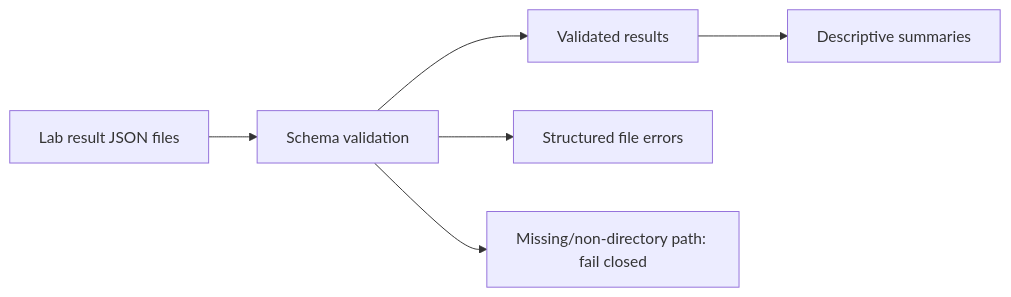
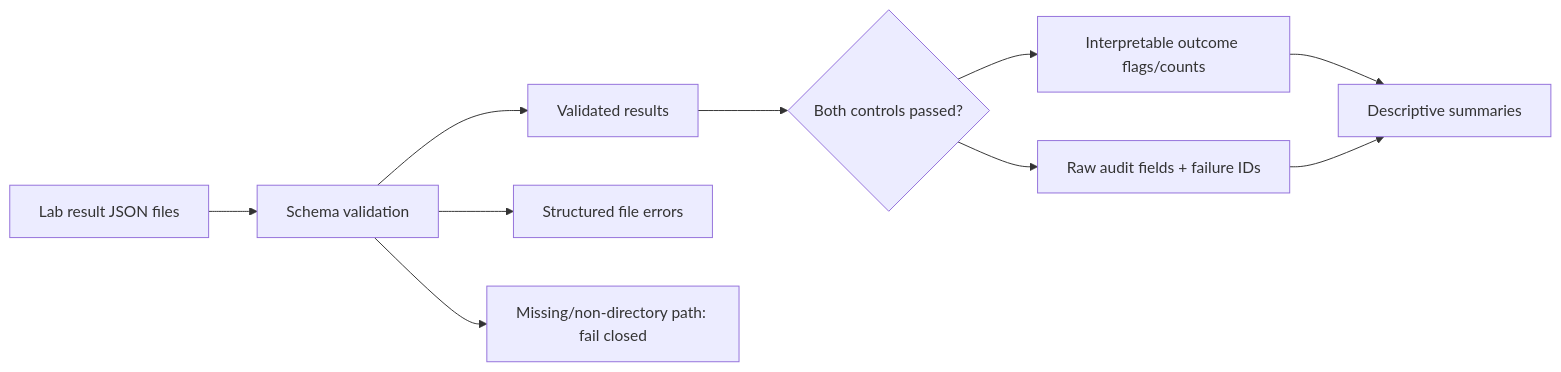
One commit to streamentry/OpenAMP-Foundry changed the first of 2 diagrams in src/openamp_foundry/data/AGENTS.md. Above: the diagram before and after it, drawn with Mermaid. The commit also changed other lines of this file and 13 other files, not shown here.

First line of the commit message:
fix: separate raw and usable lab outcomes (#1043)

````diff
--- a/src/openamp_foundry/data/AGENTS.md
+++ b/src/openamp_foundry/data/AGENTS.md
@@ -16,8 +17,12 @@
 ```mermaid
 flowchart LR
   Files["Lab result JSON files"] --> Validate["Schema validation"]
   Validate --> Valid["Validated results"]
   Validate --> Errors["Structured file errors"]
   Validate --> PathError["Missing/non-directory path: fail closed"]
-  Valid --> Summary["Descriptive summaries"]
+  Valid --> Controls{"Both controls passed?"}
+  Controls --> Usable["Interpretable outcome flags/counts"]
+  Controls --> Raw["Raw audit fields + failure IDs"]
+  Usable --> Summary["Descriptive summaries"]
+  Raw --> Summary
 ```
````
